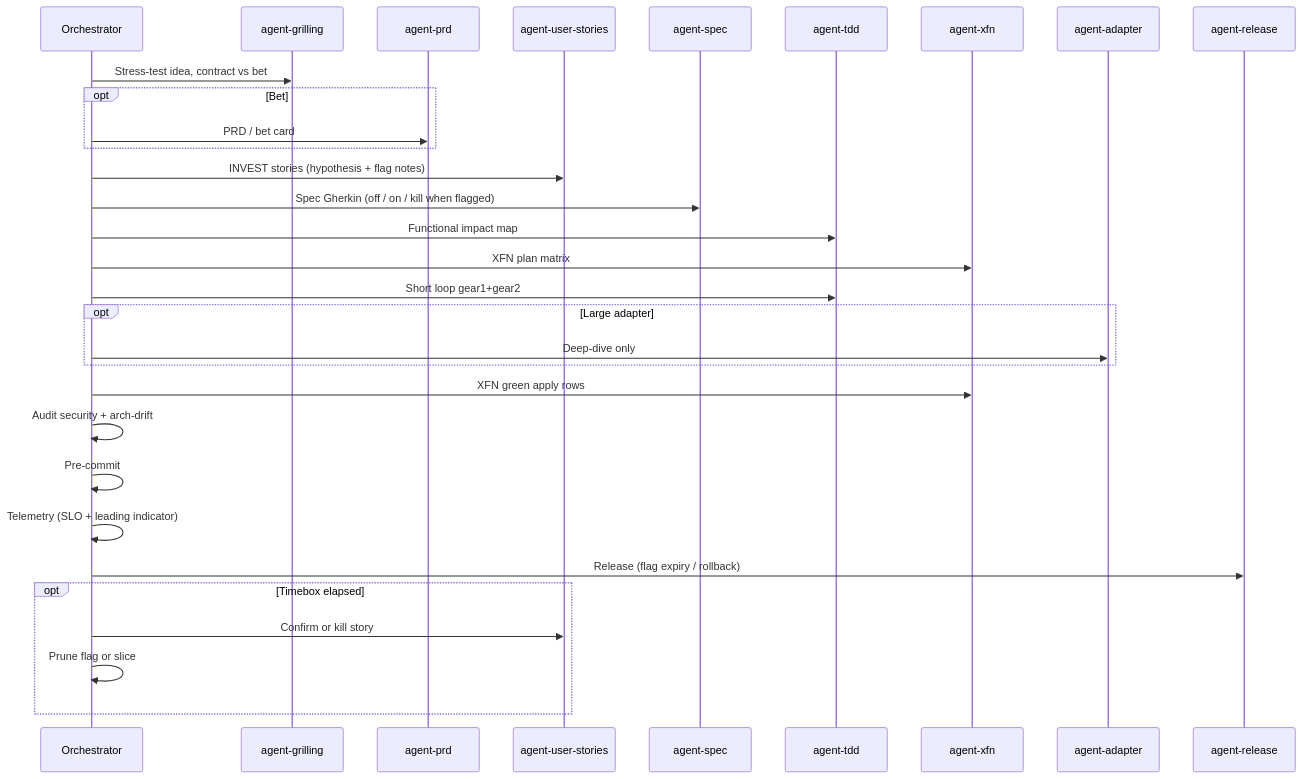
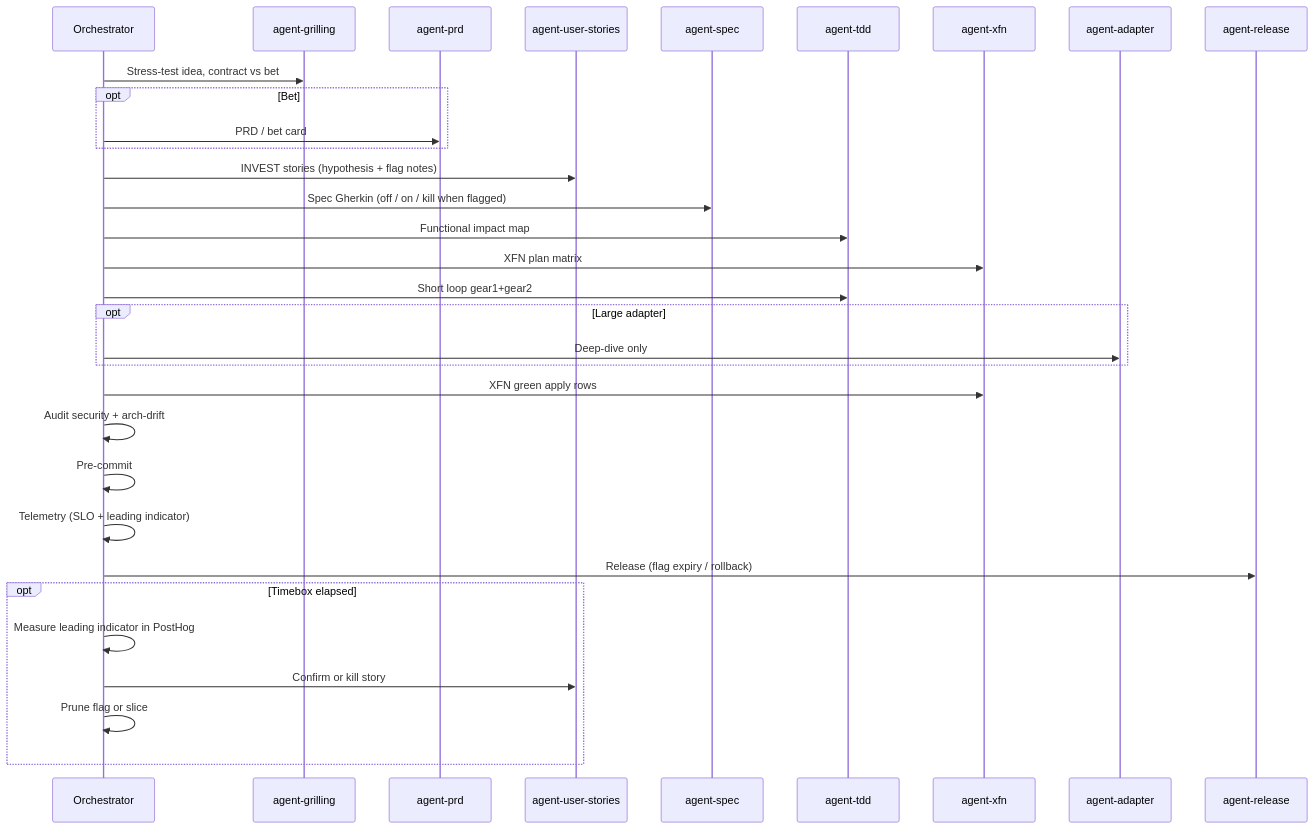
Before and after one commit to mzworthington/agent-lifecycle-kit: the diagram in skills/agent-orchestrator/SKILL.md, drawn with Mermaid. The commit also changed other lines of this file and 4 other files, not shown here.

````diff
--- a/skills/agent-orchestrator/SKILL.md
+++ b/skills/agent-orchestrator/SKILL.md
@@ -160,33 +160,34 @@
 ```mermaid
 sequenceDiagram
   participant O as Orchestrator
   participant G as agent-grilling
   participant P as agent-prd
   participant U as agent-user-stories
   participant S as agent-spec
   participant T as agent-tdd
   participant X as agent-xfn
   participant A as agent-adapter
   participant R as agent-release
   O->>G: Stress-test idea, contract vs bet
   opt Bet
     O->>P: PRD / bet card
   end
   O->>U: INVEST stories (hypothesis + flag notes)
   O->>S: Spec Gherkin (off / on / kill when flagged)
   O->>T: Functional impact map
   O->>X: XFN plan matrix
   O->>T: Short loop gear1+gear2
   opt Large adapter
     O->>A: Deep-dive only
   end
   O->>X: XFN green apply rows
   O->>O: Audit security + arch-drift
   O->>O: Pre-commit
   O->>O: Telemetry (SLO + leading indicator)
   O->>R: Release (flag expiry / rollback)
   opt Timebox elapsed
+    O->>O: Measure leading indicator in PostHog
     O->>U: Confirm or kill story
     O->>O: Prune flag or slice
   end
 ```
````
